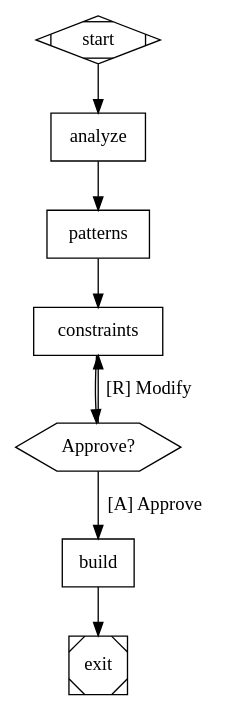
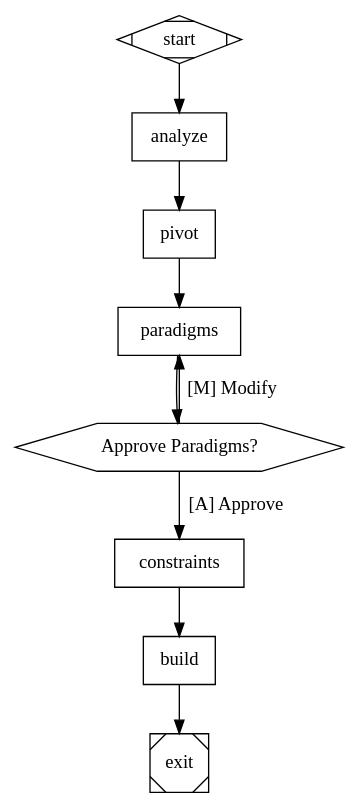
The diagram in plugins/ui/skills/ui/SKILL.md (Pamacea/strike), drawn with Graphviz before and after one commit. The commit also changed other lines of this file and 3 other files, not shown here.

````diff
--- a/plugins/ui/skills/ui/SKILL.md
+++ b/plugins/ui/skills/ui/SKILL.md
@@ -177,18 +361,19 @@
 ```dot
-digraph AntiTrendWorkflow {
-  graph [goal="Generate unique anti-trend UI"]
+digraph PositiveWorkflow {
+  graph [goal="Generate unique positive-directed UI"]
 
   start [shape=Mdiamond]
   analyze [shape=box, prompt="Analyze prompt for trends"]
-  patterns [shape=box, prompt="Detect anti-patterns"]
-  constraints [shape=box, prompt="Select constraints"]
-  approve [shape=hexagon, label="Approve?"]
-  build [shape=box, prompt="Build UI", goal_gate=true]
+  pivot [shape=box, prompt="Apply PIVOT MATRIX mapping"]
+  paradigms [shape=box, prompt="Select radical positive paradigms"]
+  approve [shape=hexagon, label="Approve Paradigms?"]
+  constraints [shape=box, prompt="Apply creative constraints"]
+  build [shape=box, prompt="Build with Piliers d'Exécution", goal_gate=true]
   exit [shape=Msquare]
 
-  start -> analyze -> patterns -> constraints -> approve
-  approve -> build [label="[A] Approve"]
-  approve -> constraints [label="[R] Modify"]
-  build -> exit
+  start -> analyze -> pivot -> paradigms -> approve
+  approve -> constraints [label="[A] Approve"]
+  approve -> paradigms [label="[M] Modify"]
+  constraints -> build -> exit
 }
 ```
````
